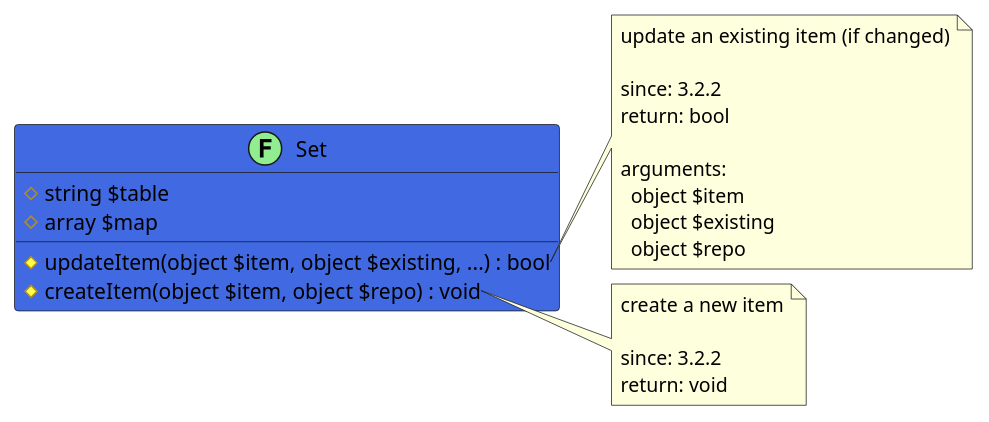
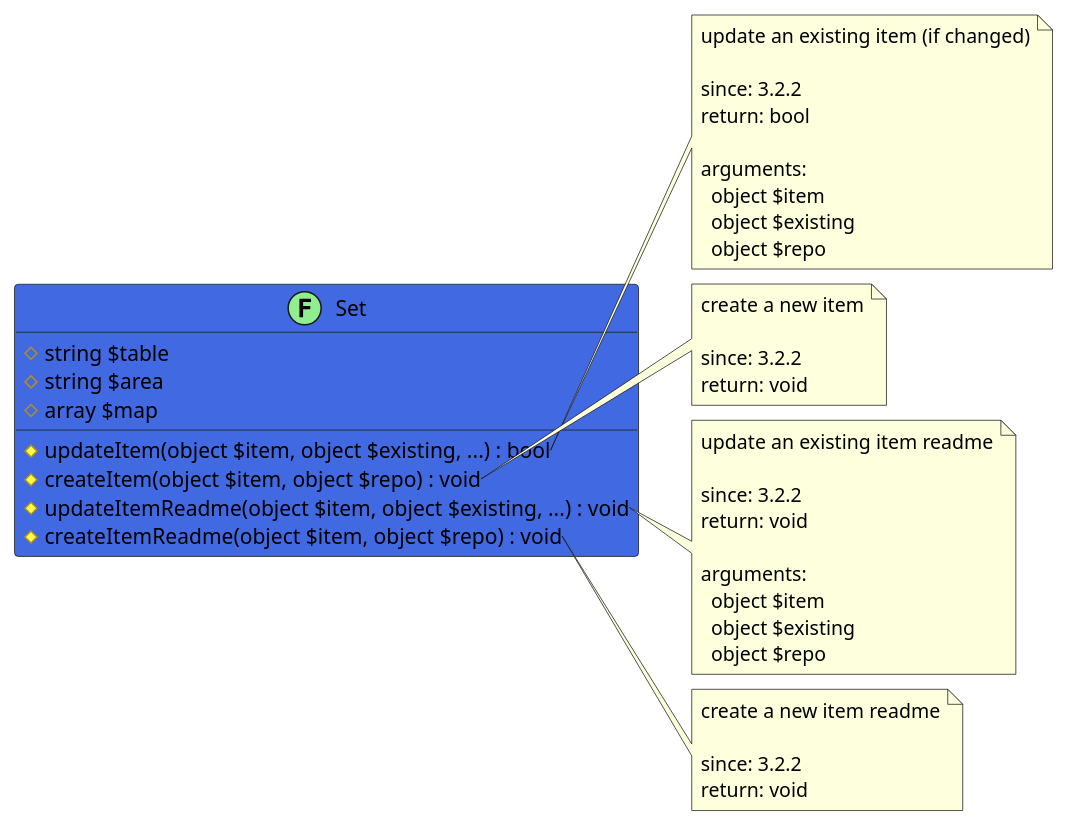
One commit to joomengine/jcb-compiler changed the diagram in src/85cddb24-7ee6-4d86-a0db-615f443e1aec/README.md. Above: the diagram before and after it, drawn with PlantUML. The commit also changed 13 other files, not shown here.

````diff
--- a/src/85cddb24-7ee6-4d86-a0db-615f443e1aec/README.md
+++ b/src/85cddb24-7ee6-4d86-a0db-615f443e1aec/README.md
@@ -13,30 +13,52 @@
 ```uml
 @startuml
 class Set << (F,LightGreen) >> #RoyalBlue {
   # string $table
+  # string $area
   # array $map
   # updateItem(object $item, object $existing, ...) : bool
   # createItem(object $item, object $repo) : void
+  # updateItemReadme(object $item, object $existing, ...) : void
+  # createItemReadme(object $item, object $repo) : void
 }
 
 note right of Set::updateItem
   update an existing item (if changed)
 
   since: 3.2.2
   return: bool
   
   arguments:
     object $item
     object $existing
     object $repo
 end note
 
 note right of Set::createItem
   create a new item
 
   since: 3.2.2
   return: void
 end note
+
+note right of Set::updateItemReadme
+  update an existing item readme
+
+  since: 3.2.2
+  return: void
+  
+  arguments:
+    object $item
+    object $existing
+    object $repo
+end note
+
+note right of Set::createItemReadme
+  create a new item readme
+
+  since: 3.2.2
+  return: void
+end note
  
 @enduml
 ```
````
